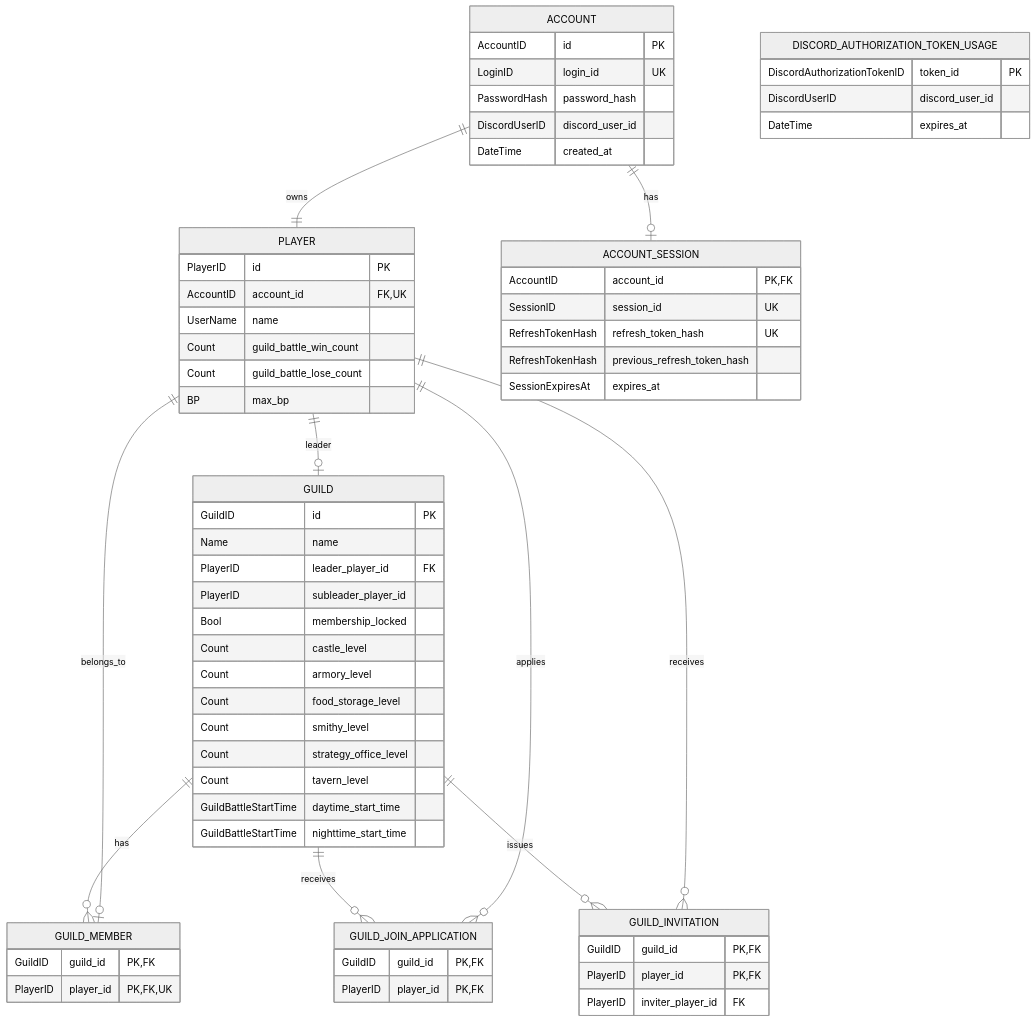
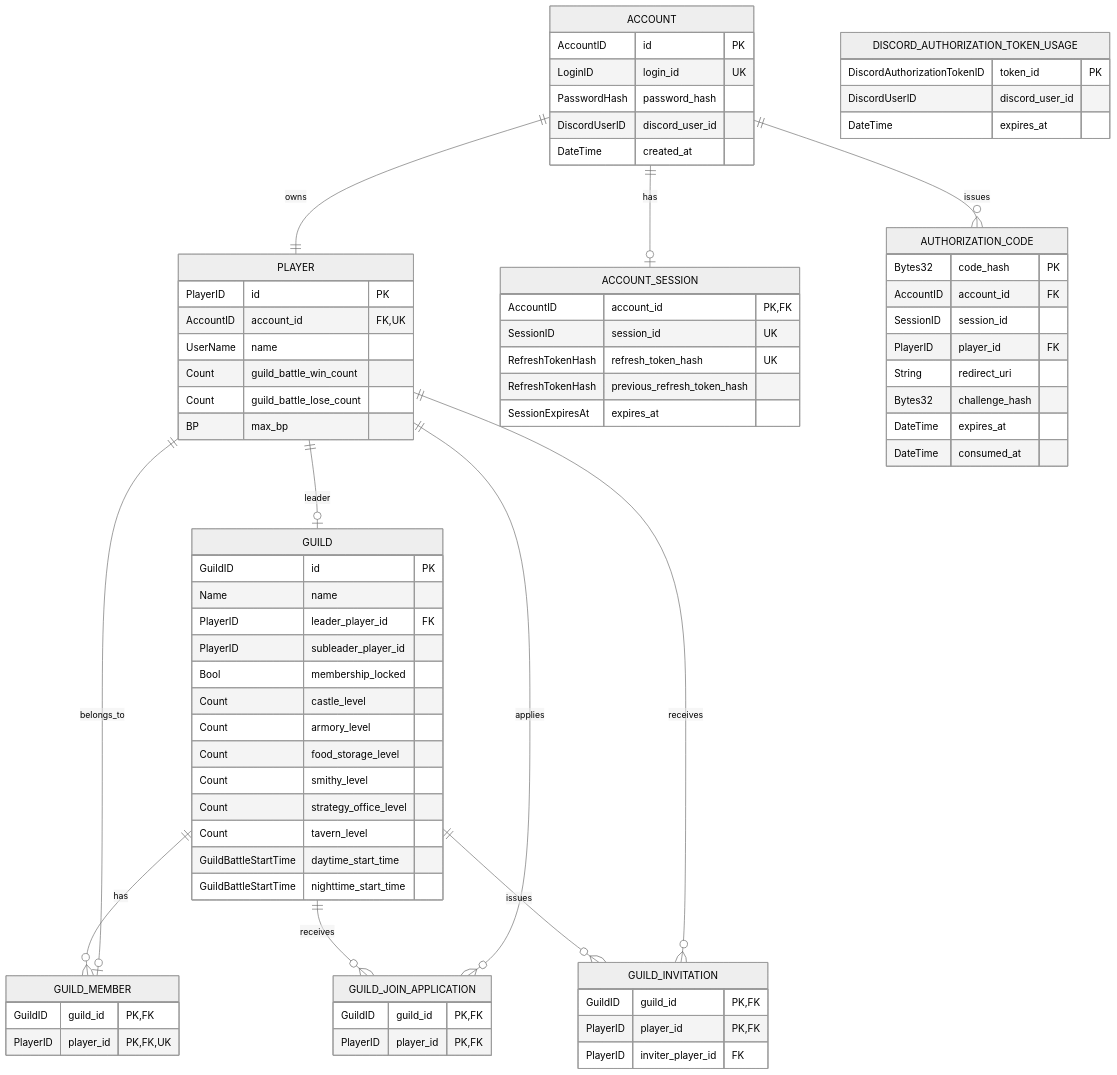
Before and after one commit to ReHydrangeaOdyssey/Specifications: the first of 8 diagrams in design/server/data_base.md, drawn with Mermaid (neutral theme). The commit also changed other lines of this file and 18 other files, not shown here.

```diff
--- a/design/server/data_base.md
+++ b/design/server/data_base.md
@@ -33,6 +33,17 @@
         RefreshTokenHash refresh_token_hash UK
         RefreshTokenHash previous_refresh_token_hash
         SessionExpiresAt expires_at
+    }
+
+    AUTHORIZATION_CODE {
+        Bytes32 code_hash PK
+        AccountID account_id FK
+        SessionID session_id
+        PlayerID player_id FK
+        String redirect_uri
+        Bytes32 challenge_hash
+        DateTime expires_at
+        DateTime consumed_at
     }
 
     DISCORD_AUTHORIZATION_TOKEN_USAGE {
@@ -75,6 +86,7 @@
 
     ACCOUNT ||--|| PLAYER : owns
     ACCOUNT ||--o| ACCOUNT_SESSION : has
+    ACCOUNT ||--o{ AUTHORIZATION_CODE : issues
     GUILD ||--o{ GUILD_MEMBER : has
     PLAYER ||--o| GUILD_MEMBER : belongs_to
     GUILD ||--o{ GUILD_JOIN_APPLICATION : receives
```
